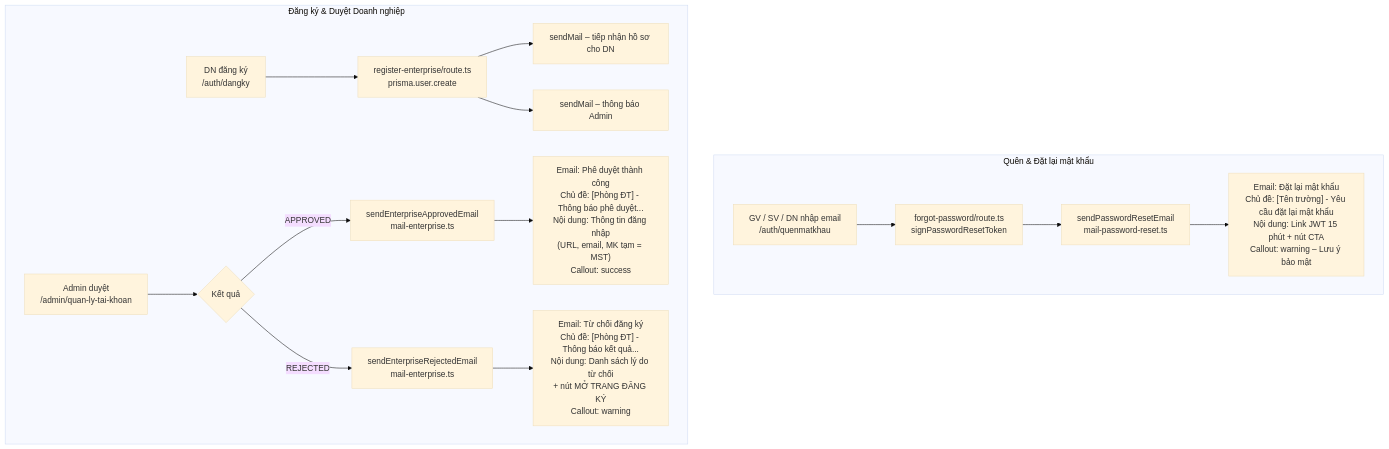
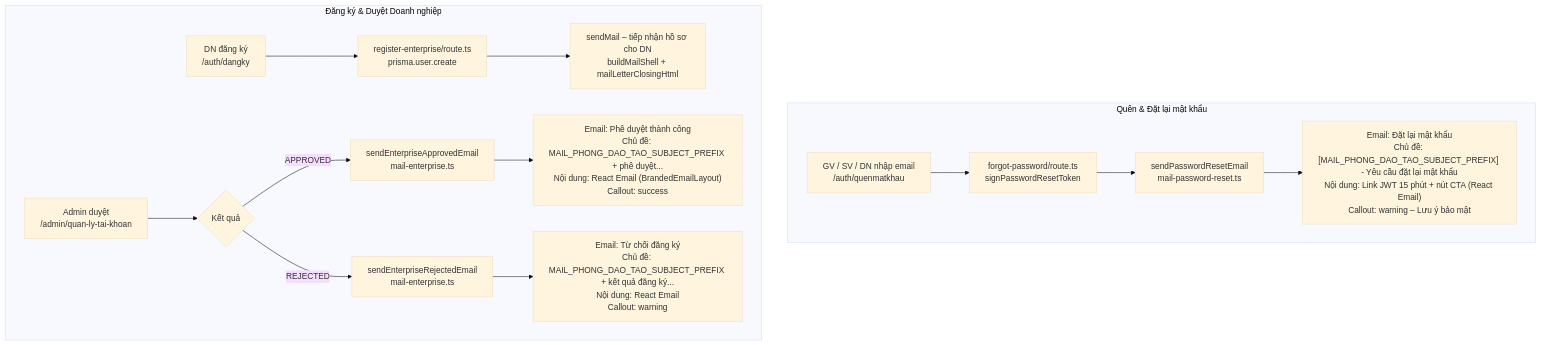
Before and after one commit to dmt041104111003/manage_utc: the first of 6 diagrams in docs/AUTH_FLOW.md, drawn with Mermaid (base theme). The commit also changed other lines of this file and 9 other files, not shown here.

````diff
--- a/docs/AUTH_FLOW.md
+++ b/docs/AUTH_FLOW.md
@@ -178,20 +168,19 @@
 ```mermaid
 flowchart TD
     subgraph QMK["Quên & Đặt lại mật khẩu"]
         A1[GV / SV / DN nhập email\n/auth/quenmatkhau] --> A2[forgot-password/route.ts\nsignPasswordResetToken]
         A2 --> A3[sendPasswordResetEmail\nmail-password-reset.ts]
-        A3 --> A4["Email: Đặt lại mật khẩu\nChủ đề: [Tên trường] - Yêu cầu đặt lại mật khẩu\nNội dung: Link JWT 15 phút + nút CTA\nCallout: warning – Lưu ý bảo mật"]
+        A3 --> A4["Email: Đặt lại mật khẩu\nChủ đề: [MAIL_PHONG_DAO_TAO_SUBJECT_PREFIX] - Yêu cầu đặt lại mật khẩu\nNội dung: Link JWT 15 phút + nút CTA (React Email)\nCallout: warning – Lưu ý bảo mật"]
     end
 
     subgraph DN["Đăng ký & Duyệt Doanh nghiệp"]
         B1[DN đăng ký\n/auth/dangky] --> B2[register-enterprise/route.ts\nprisma.user.create]
-        B2 --> B3[sendMail – tiếp nhận hồ sơ cho DN]
-        B2 --> B4[sendMail – thông báo Admin]
+        B2 --> B3[sendMail – tiếp nhận hồ sơ cho DN\nbuildMailShell + mailLetterClosingHtml]
 
         B5[Admin duyệt\n/admin/quan-ly-tai-khoan] --> B6{Kết quả}
         B6 -->|APPROVED| B7[sendEnterpriseApprovedEmail\nmail-enterprise.ts]
-        B7 --> B8["Email: Phê duyệt thành công\nChủ đề: [Phòng ĐT] - Thông báo phê duyệt...\nNội dung: Thông tin đăng nhập\n(URL, email, MK tạm = MST)\nCallout: success"]
+        B7 --> B8["Email: Phê duyệt thành công\nChủ đề: MAIL_PHONG_DAO_TAO_SUBJECT_PREFIX + phê duyệt...\nNội dung: React Email (BrandedEmailLayout)\nCallout: success"]
         B6 -->|REJECTED| B9[sendEnterpriseRejectedEmail\nmail-enterprise.ts]
-        B9 --> B10["Email: Từ chối đăng ký\nChủ đề: [Phòng ĐT] - Thông báo kết quả...\nNội dung: Danh sách lý do từ chối\n+ nút MỞ TRANG ĐĂNG KÝ\nCallout: warning"]
+        B9 --> B10["Email: Từ chối đăng ký\nChủ đề: MAIL_PHONG_DAO_TAO_SUBJECT_PREFIX + kết quả đăng ký...\nNội dung: React Email\nCallout: warning"]
     end
 ```
````
